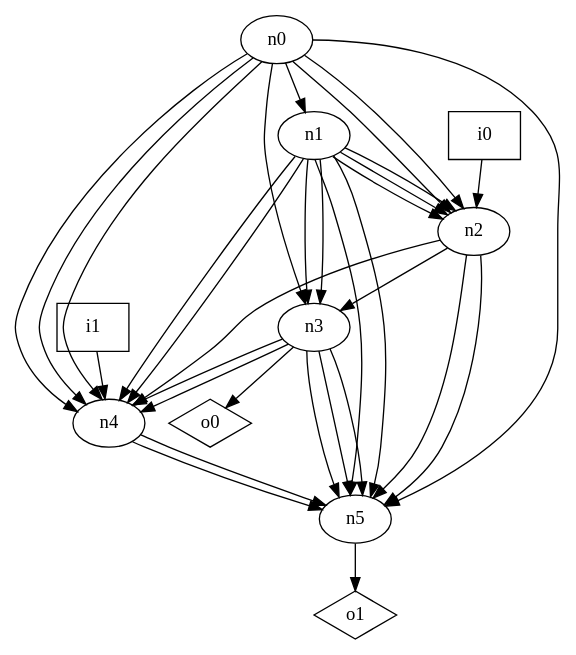
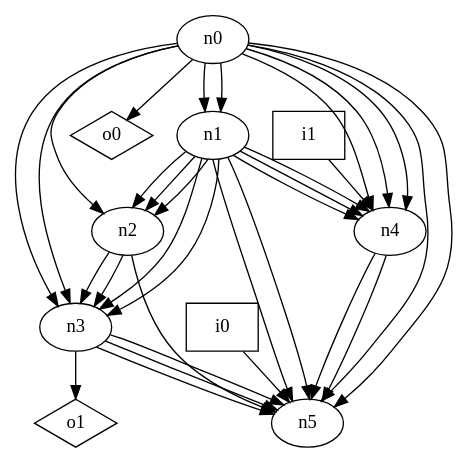
One commit to p9romain/bool-circuits changed the diagram in dot_files/random_graph/DAG_loop_free_graph.dot. Above: the diagram before and after it, drawn with Graphviz. The commit also changed 73 other files, not shown here.

```diff
--- a/dot_files/random_graph/DAG_loop_free_graph.dot
+++ b/dot_files/random_graph/DAG_loop_free_graph.dot
@@ -1,44 +1,44 @@
 digraph G {
 n0 [label="n0"];
 n1 [label="n1"];
 n2 [label="n2"];
 n3 [label="n3"];
 n4 [label="n4"];
 n5 [label="n5"];
 n6 [label="i0",shape="box"];
 n7 [label="i1",shape="box"];
 n8 [label="o0",shape="diamond"];
 n9 [label="o1",shape="diamond"];
 n0 -> n1
+n0 -> n1
 n0 -> n2
-n0 -> n2
+n0 -> n3
 n0 -> n3
 n0 -> n4
 n0 -> n4
 n0 -> n4
 n0 -> n5
+n0 -> n5
+n0 -> n8
 n1 -> n2
 n1 -> n2
 n1 -> n2
 n1 -> n3
 n1 -> n3
 n1 -> n4
 n1 -> n4
+n1 -> n4
 n1 -> n5
 n1 -> n5
 n2 -> n3
-n2 -> n4
+n2 -> n3
 n2 -> n5
-n2 -> n5
-n3 -> n4
-n3 -> n4
 n3 -> n5
 n3 -> n5
 n3 -> n5
-n3 -> n8
+n3 -> n9
 n4 -> n5
 n4 -> n5
-n5 -> n9
-n6 -> n2
+n6 -> n5
 n7 -> n4
 }
```
